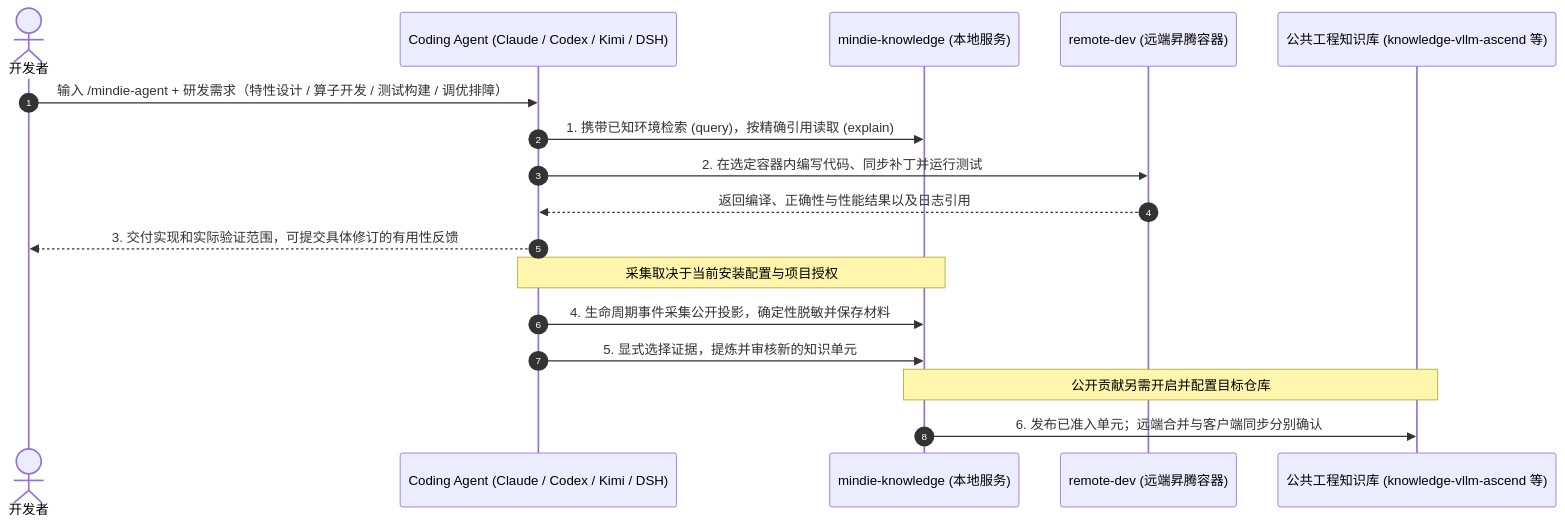
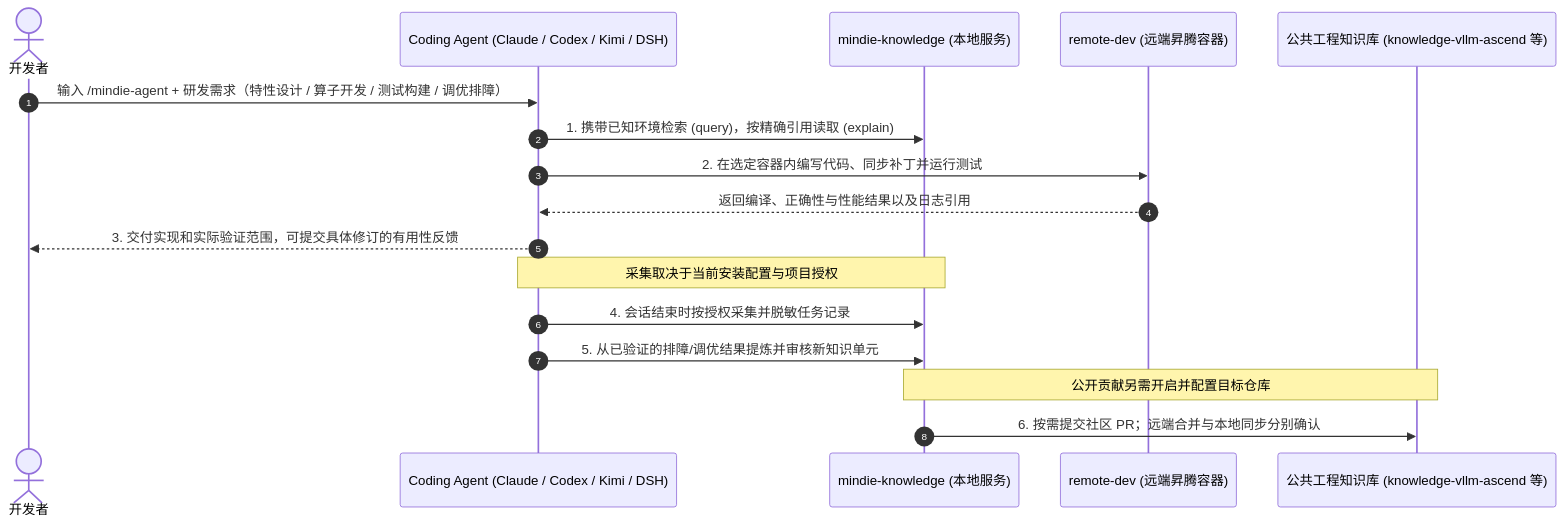
The second of 2 diagrams in README.md (grandolantow/mindie-agent), drawn with Mermaid before and after one commit. The commit also changed other lines of this file and 17 other files, not shown here.

Commit message:
docs(rsi): integrate AMD-AGI/GEAK and Apple ml-rsi-inference-bench RSI safeguards and architecture alignment

````diff
--- a/README.md
+++ b/README.md
@@ -222,20 +222,20 @@
 ```mermaid
 sequenceDiagram
   autonumber
   actor Dev as 开发者
   participant Agent as Coding Agent (Claude / Codex / Kimi / DSH)
   participant Know as mindie-knowledge (本地服务)
   participant NPU as remote-dev (远端昇腾容器)
   participant Repo as 公共工程知识库 (knowledge-vllm-ascend 等)
 
   Dev->>Agent: 输入 /mindie-agent + 研发需求（特性设计 / 算子开发 / 测试构建 / 调优排障）
   Agent->>Know: 1. 携带已知环境检索 (query)，按精确引用读取 (explain)
   Agent->>NPU: 2. 在选定容器内编写代码、同步补丁并运行测试
   NPU-->>Agent: 返回编译、正确性与性能结果以及日志引用
   Agent-->>Dev: 3. 交付实现和实际验证范围，可提交具体修订的有用性反馈
   Note over Agent,Know: 采集取决于当前安装配置与项目授权
-  Agent->>Know: 4. 生命周期事件采集公开投影，确定性脱敏并保存材料
-  Agent->>Know: 5. 显式选择证据，提炼并审核新的知识单元
+  Agent->>Know: 4. 会话结束时按授权采集并脱敏任务记录
+  Agent->>Know: 5. 从已验证的排障/调优结果提炼并审核新知识单元
   Note over Know,Repo: 公开贡献另需开启并配置目标仓库
-  Know->>Repo: 6. 发布已准入单元；远端合并与客户端同步分别确认
+  Know->>Repo: 6. 按需提交社区 PR；远端合并与本地同步分别确认
 ```
````
